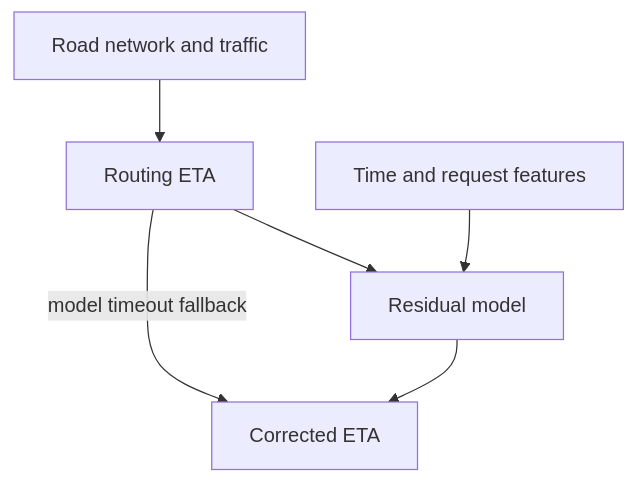
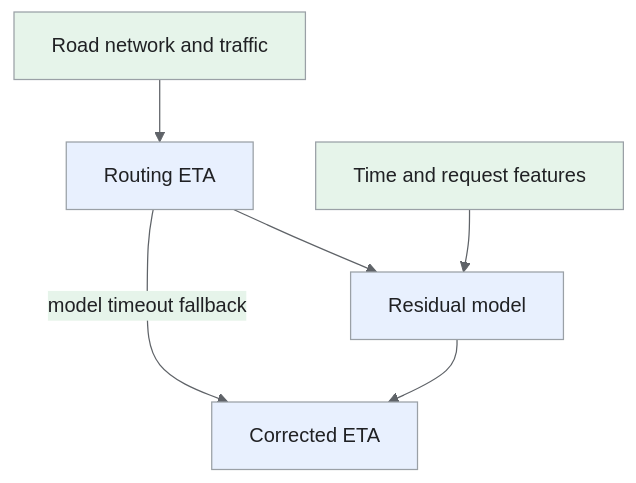
The third of 4 diagrams in _designs/system-design-uber.md (iliazlobin/iliazlobin.github.io), drawn with Mermaid before and after one commit. The commit also changed other lines of this file and 25 other files, not shown here.

Commit message:
docs: explain Batch B design flows and tradeoffs

````diff
--- a/_designs/system-design-uber.md
+++ b/_designs/system-design-uber.md
@@ -264,8 +310,15 @@
 ```mermaid
+%%{init: {'theme':'base','themeVariables':{'primaryColor':'#e8f0fe','primaryTextColor':'#202124','primaryBorderColor':'#9aa0a6','lineColor':'#5f6368','secondaryColor':'#e6f4ea','tertiaryColor':'#fef7e0','actorBkg':'#e8f0fe','actorBorder':'#9aa0a6','actorTextColor':'#202124','noteBkgColor':'#fef7e0','noteTextColor':'#202124','noteBorderColor':'#9aa0a6','signalColor':'#5f6368','signalTextColor':'#202124','labelBoxBkgColor':'#fef7e0','labelBoxBorderColor':'#9aa0a6'}}}%%
 flowchart TB
   R[Road network and traffic] --> B[Routing ETA]
   B --> C[Residual model]
   F[Time and request features] --> C
   C --> E[Corrected ETA]
   B -->|model timeout fallback| E
+classDef request fill:#e8f0fe,stroke:#9aa0a6,color:#202124;
+classDef data fill:#e6f4ea,stroke:#9aa0a6,color:#202124;
+classDef control fill:#fef7e0,stroke:#9aa0a6,color:#202124;
+class B,C,E request;
+class R,F data;
+
 ```
````
